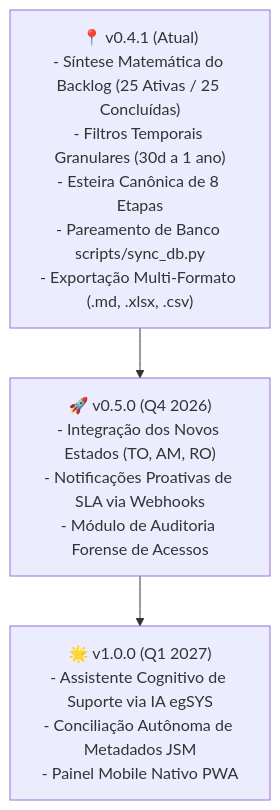
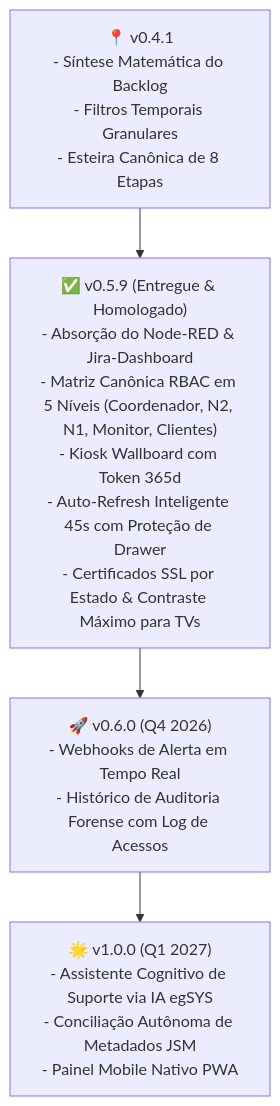
Before and after one commit to andreprado-egsys/jiraview: the fourth of 4 diagrams in docs/DOCUMENTO_EXECUTIVO_PROJETO.md, drawn with Mermaid. The commit also changed other lines of this file and 18 other files, not shown here.

First line of the commit message:
feat(core): absorcao modular node-red, rbac 5 niveis, monitor ssl e contraste para displays noc

````diff
--- a/docs/DOCUMENTO_EXECUTIVO_PROJETO.md
+++ b/docs/DOCUMENTO_EXECUTIVO_PROJETO.md
@@ -364,8 +392,9 @@
 ```mermaid
 flowchart TD
-    M1["📍 v0.4.1 (Atual)<br/>- Síntese Matemática do Backlog (25 Ativas / 25 Concluídas)<br/>- Filtros Temporais Granulares (30d a 1 ano)<br/>- Esteira Canônica de 8 Etapas<br/>- Pareamento de Banco scripts/sync_db.py<br/>- Exportação Multi-Formato (.md, .xlsx, .csv)"]
-    M2["🚀 v0.5.0 (Q4 2026)<br/>- Integração dos Novos Estados (TO, AM, RO)<br/>- Notificações Proativas de SLA via Webhooks<br/>- Módulo de Auditoria Forense de Acessos"]
-    M3["🌟 v1.0.0 (Q1 2027)<br/>- Assistente Cognitivo de Suporte via IA egSYS<br/>- Conciliação Autônoma de Metadados JSM<br/>- Painel Mobile Nativo PWA"]
+    M1["📍 v0.4.1<br/>- Síntese Matemática do Backlog<br/>- Filtros Temporais Granulares<br/>- Esteira Canônica de 8 Etapas"]
+    M2["✅ v0.5.9 (Entregue & Homologado)<br/>- Absorção do Node-RED & Jira-Dashboard<br/>- Matriz Canônica RBAC em 5 Níveis (Coordenador, N2, N1, Monitor, Clientes)<br/>- Kiosk Wallboard com Token 365d<br/>- Auto-Refresh Inteligente 45s com Proteção de Drawer<br/>- Certificados SSL por Estado & Contraste Máximo para TVs"]
+    M3["🚀 v0.6.0 (Q4 2026)<br/>- Webhooks de Alerta em Tempo Real<br/>- Histórico de Auditoria Forense com Log de Acessos"]
+    M4["🌟 v1.0.0 (Q1 2027)<br/>- Assistente Cognitivo de Suporte via IA egSYS<br/>- Conciliação Autônoma de Metadados JSM<br/>- Painel Mobile Nativo PWA"]
 
-    M1 --> M2 --> M3
+    M1 --> M2 --> M3 --> M4
 ```
````
